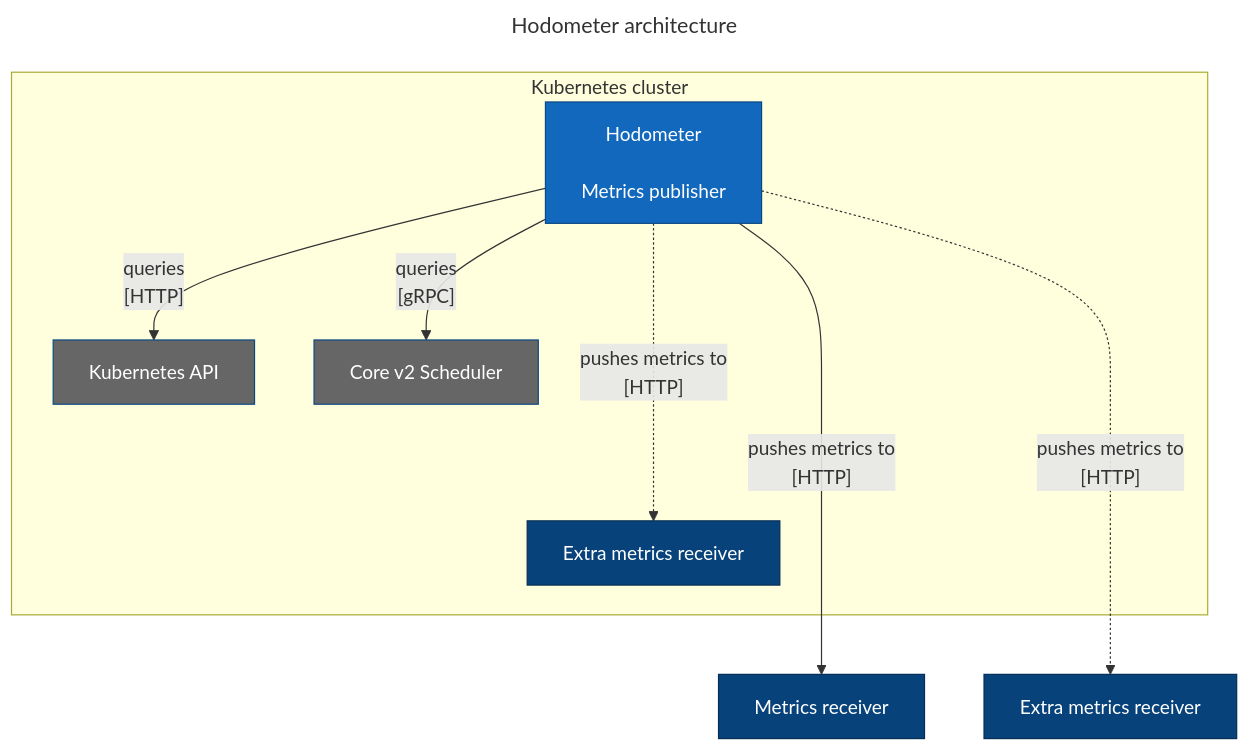
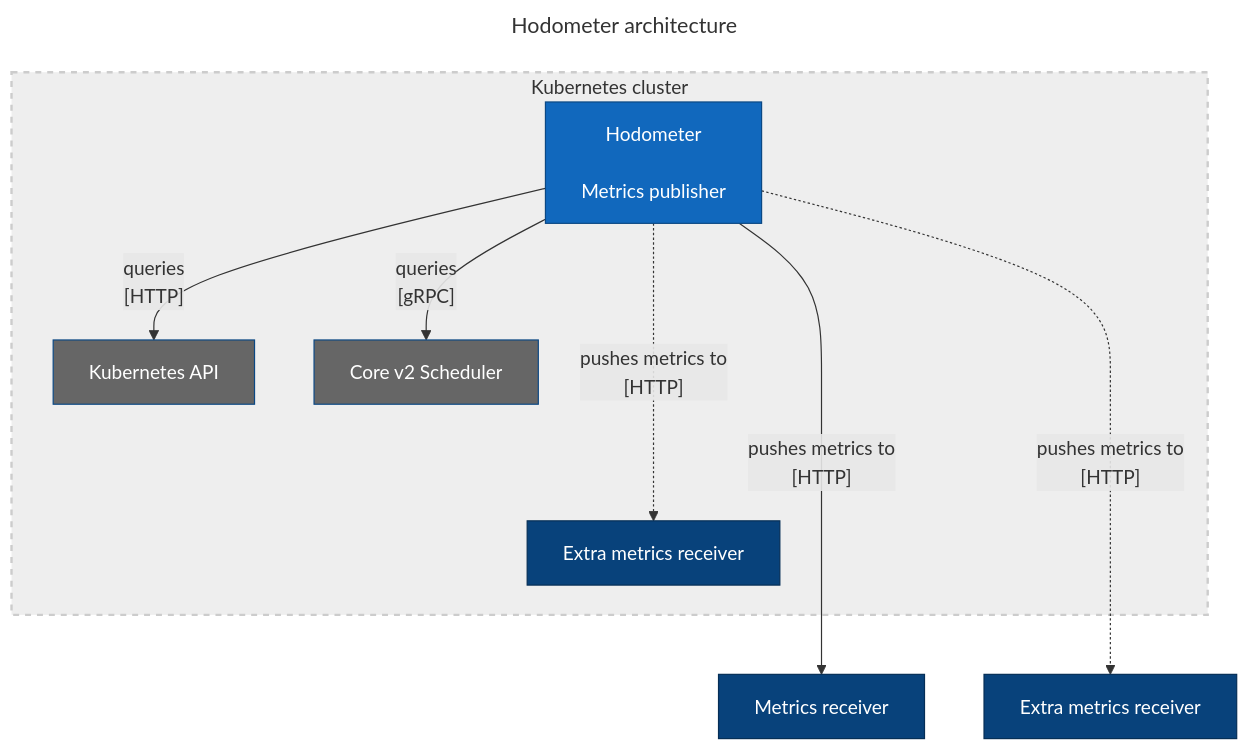
Before and after one commit to agrski/agrski.github.io: the diagram in docs/_drafts/scv2-hodometer-hodometer-container.mmd, drawn with Mermaid.

Commit message:
Add style for k8s cluster subgraph in Hodometer container diagram
This matches the style for the Spartakus k8s cluster subgraph.

```diff
--- a/docs/_drafts/scv2-hodometer-hodometer-container.mmd
+++ b/docs/_drafts/scv2-hodometer-hodometer-container.mmd
@@ -1,30 +1,32 @@
 ---
 title: Hodometer architecture
 ---
 
 flowchart TD
   H["Hodometer\n\nMetrics publisher"]
   K["Kubernetes API"]
   S["Core v2 Scheduler"]
   R1["Metrics receiver"]
   R2["Extra metrics receiver"]
   R3["Extra metrics receiver"]
 
-  subgraph Kubernetes cluster
+  subgraph k8s-cluster[Kubernetes cluster]
     H --> |"queries\n[gRPC]"| S
     H --> |"queries\n[HTTP]"| K
     H -..-> |"pushes metrics to\n[HTTP]"| R2
   end
   H ----> |"pushes metrics to\n[HTTP]"| R1
   H -...-> |"pushes metrics to\n[HTTP]"| R3
 
   classDef focusSystem      fill:#1168bd,stroke:#0b4884,color:#ffffff
   classDef supportingSystem fill:#666,stroke:#0b4884,color:#ffffff
   classDef consumingSystem  fill:#08427b,stroke:#052e56,color:#ffffff
 
   class H focusSystem
   class S supportingSystem
   class K supportingSystem
   class R1 consumingSystem
   class R2 consumingSystem
   class R3 consumingSystem
+
+  style k8s-cluster fill:#eee,stroke:#ccc,stroke-width:2px,stroke-dasharray: 5 5
```
